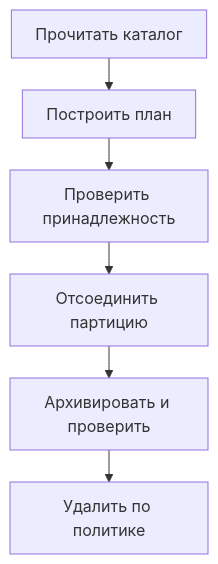
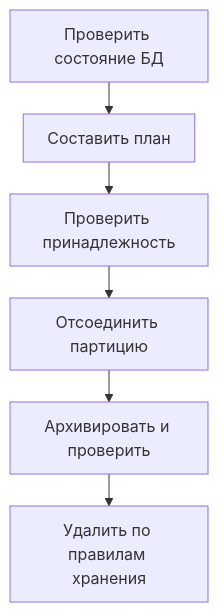
One commit to bedrock-python/bedrock-python.github.io changed the diagram in translations/ru/blog/posts/2026-09-13-postgresql-partition-maintenance.md. Above: the diagram before and after it, drawn with Mermaid. The commit also changed other lines of this file and 24 other files, not shown here.

````diff
--- a/translations/ru/blog/posts/2026-09-13-postgresql-partition-maintenance.md
+++ b/translations/ru/blog/posts/2026-09-13-postgresql-partition-maintenance.md
@@ -62,23 +62,23 @@
 ```mermaid
 ---
 config:
   theme: default
   look: classic
   flowchart:
     useMaxWidth: false
     wrappingWidth: 150
     padding: 12
     nodeSpacing: 24
     rankSpacing: 32
 ---
 flowchart TD
-    accTitle: Удаление проходит через проверяемый план
-    accDescr: Партиция отсоединяется и удаляется только после проверки принадлежности и успешной архивации, если она обязательна.
-    A["Прочитать каталог"]
-    B["Построить план"]
+    accTitle: Перед удалением — план и проверки
+    accDescr: Перед отсоединением проверяется, что партиция находится под управлением инструмента. Если требуется архив, удаление разрешено только после его успешного создания и проверки.
+    A["Проверить состояние БД"]
+    B["Составить план"]
     C["Проверить принадлежность"]
     D["Отсоединить партицию"]
     E["Архивировать и проверить"]
-    F["Удалить по политике"]
+    F["Удалить по правилам хранения"]
     A --> B --> C --> D --> E --> F
 ```
````
